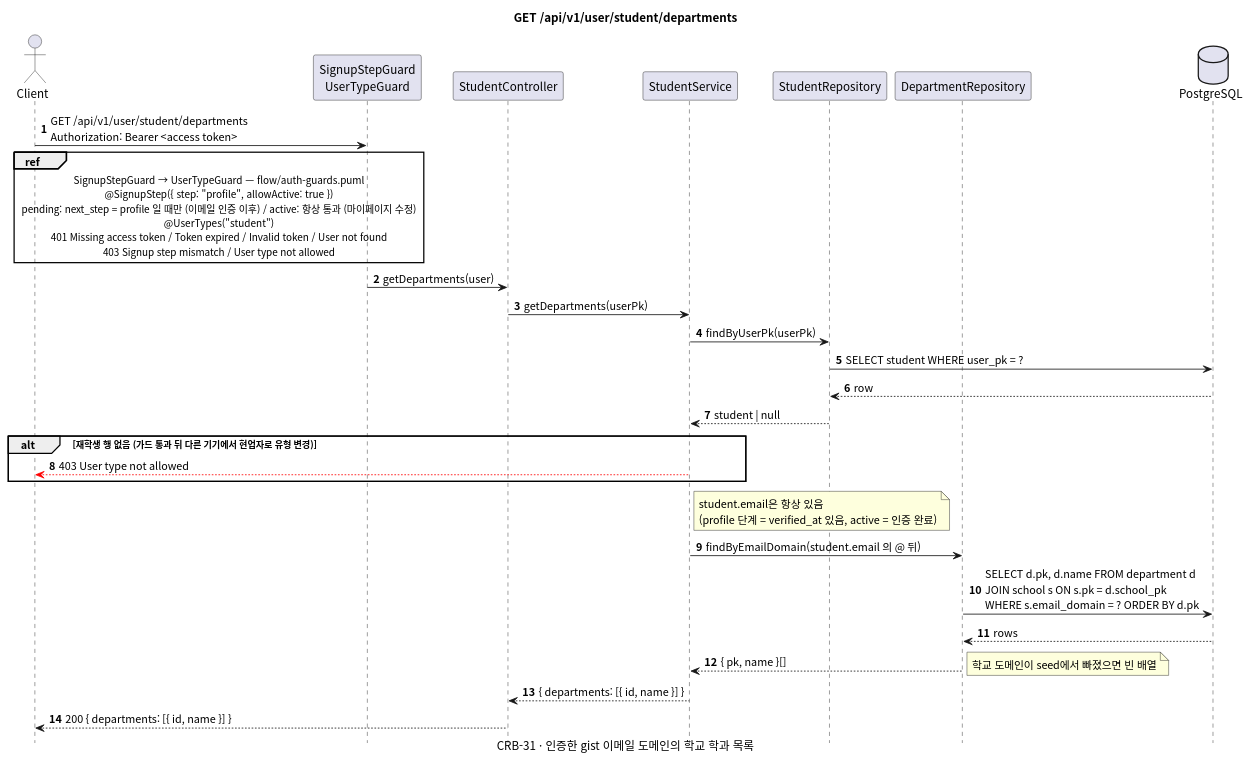
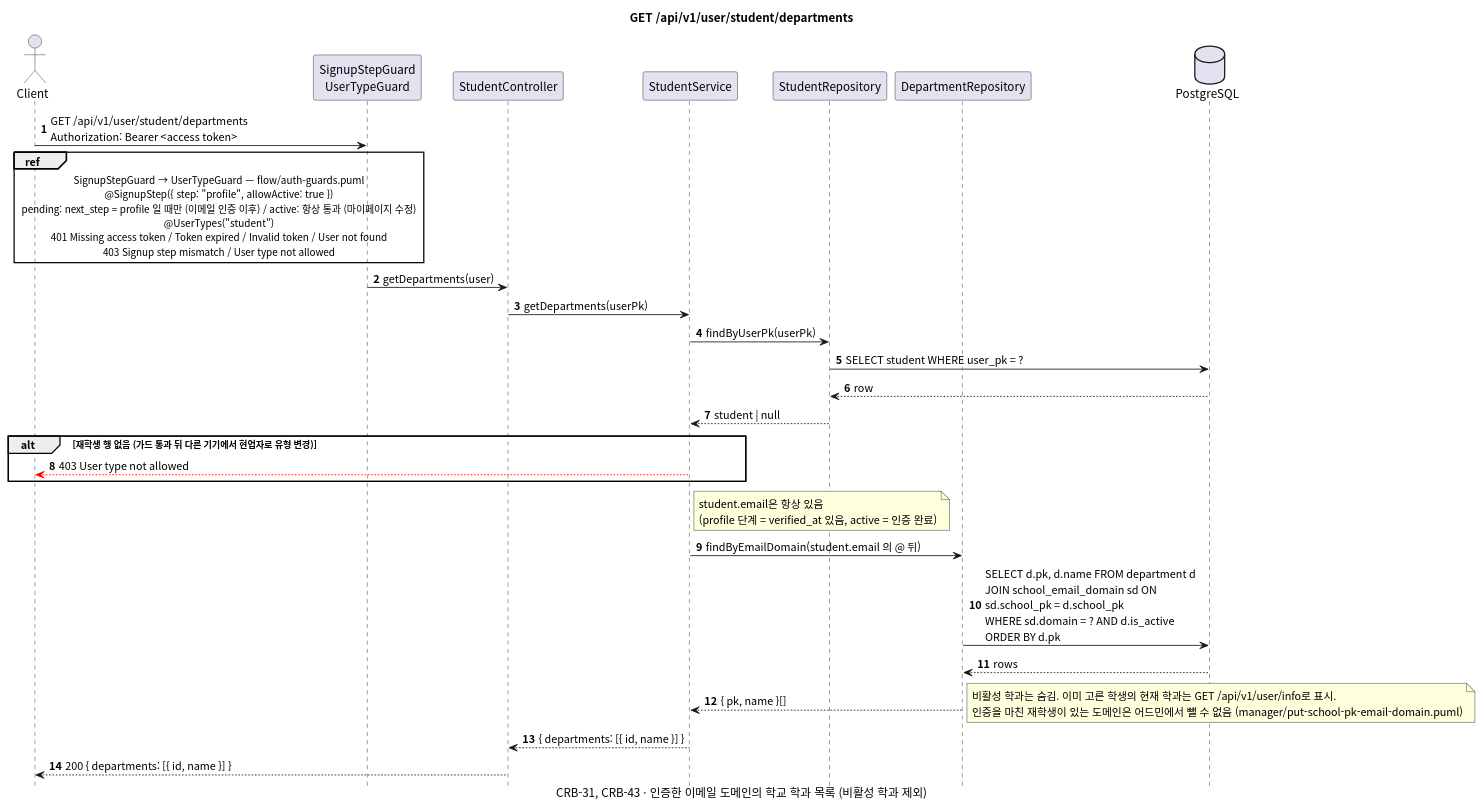
The diagram in docs/sequence/student/get-departments.puml (gsainfoteam/cheers-be), drawn with PlantUML before and after one commit. The commit also changed 9 other files, not shown here.

Commit message:
- docs: add school and department sequence diagrams (CRB-43)

```diff
--- a/docs/sequence/student/get-departments.puml
+++ b/docs/sequence/student/get-departments.puml
@@ -1,55 +1,58 @@
 @startuml get-departments
 skinparam defaultFontName "Apple SD Gothic Neo", "Noto Sans CJK KR", sans-serif
 skinparam responseMessageBelowArrow true
 skinparam sequenceMessageAlign left
 skinparam maxMessageSize 260
 skinparam BoxPadding 8
 skinparam shadowing false
 autonumber
 hide footbox
 
 title GET /api/v1/user/student/departments
-caption CRB-31 · 인증한 gist 이메일 도메인의 학교 학과 목록
+caption CRB-31, CRB-43 · 인증한 이메일 도메인의 학교 학과 목록 (비활성 학과 제외)
 
 actor Client
 participant "SignupStepGuard\nUserTypeGuard" as Guard
 participant "StudentController" as Controller
 participant "StudentService" as Service
 participant "StudentRepository" as StudentRepository
 participant "DepartmentRepository" as DepartmentRepository
 database PostgreSQL
 
 Client -> Guard: GET /api/v1/user/student/departments\nAuthorization: Bearer <access token>
 ref over Client, Guard
   SignupStepGuard → UserTypeGuard — flow/auth-guards.puml
   @SignupStep({ step: "profile", allowActive: true })
   pending: next_step = profile 일 때만 (이메일 인증 이후) / active: 항상 통과 (마이페이지 수정)
   @UserTypes("student")
   401 Missing access token / Token expired / Invalid token / User not found
   403 Signup step mismatch / User type not allowed
 end ref
 Guard -> Controller: getDepartments(user)
 Controller -> Service: getDepartments(userPk)
 
 Service -> StudentRepository: findByUserPk(userPk)
 StudentRepository -> PostgreSQL: SELECT student WHERE user_pk = ?
 PostgreSQL --> StudentRepository: row
 StudentRepository --> Service: student | null
 alt 재학생 행 없음 (가드 통과 뒤 다른 기기에서 현업자로 유형 변경)
   Service -[#red]-> Client: 403 User type not allowed
 end
 note right of Service
   student.email은 항상 있음
   (profile 단계 = verified_at 있음, active = 인증 완료)
 end note
 
 Service -> DepartmentRepository: findByEmailDomain(student.email 의 @ 뒤)
-DepartmentRepository -> PostgreSQL: SELECT d.pk, d.name FROM department d\nJOIN school s ON s.pk = d.school_pk\nWHERE s.email_domain = ? ORDER BY d.pk
+DepartmentRepository -> PostgreSQL: SELECT d.pk, d.name FROM department d\nJOIN school_email_domain sd ON sd.school_pk = d.school_pk\nWHERE sd.domain = ? AND d.is_active ORDER BY d.pk
 PostgreSQL --> DepartmentRepository: rows
 DepartmentRepository --> Service: { pk, name }[]
-note right: 학교 도메인이 seed에서 빠졌으면 빈 배열
+note right
+  비활성 학과는 숨김. 이미 고른 학생의 현재 학과는 GET /api/v1/user/info로 표시.
+  인증을 마친 재학생이 있는 도메인은 어드민에서 뺄 수 없음 (manager/put-school-pk-email-domain.puml)
+end note
 
 Service --> Controller: { departments: [{ id, name }] }
 Controller --> Client: 200 { departments: [{ id, name }] }
 
 @enduml
```
